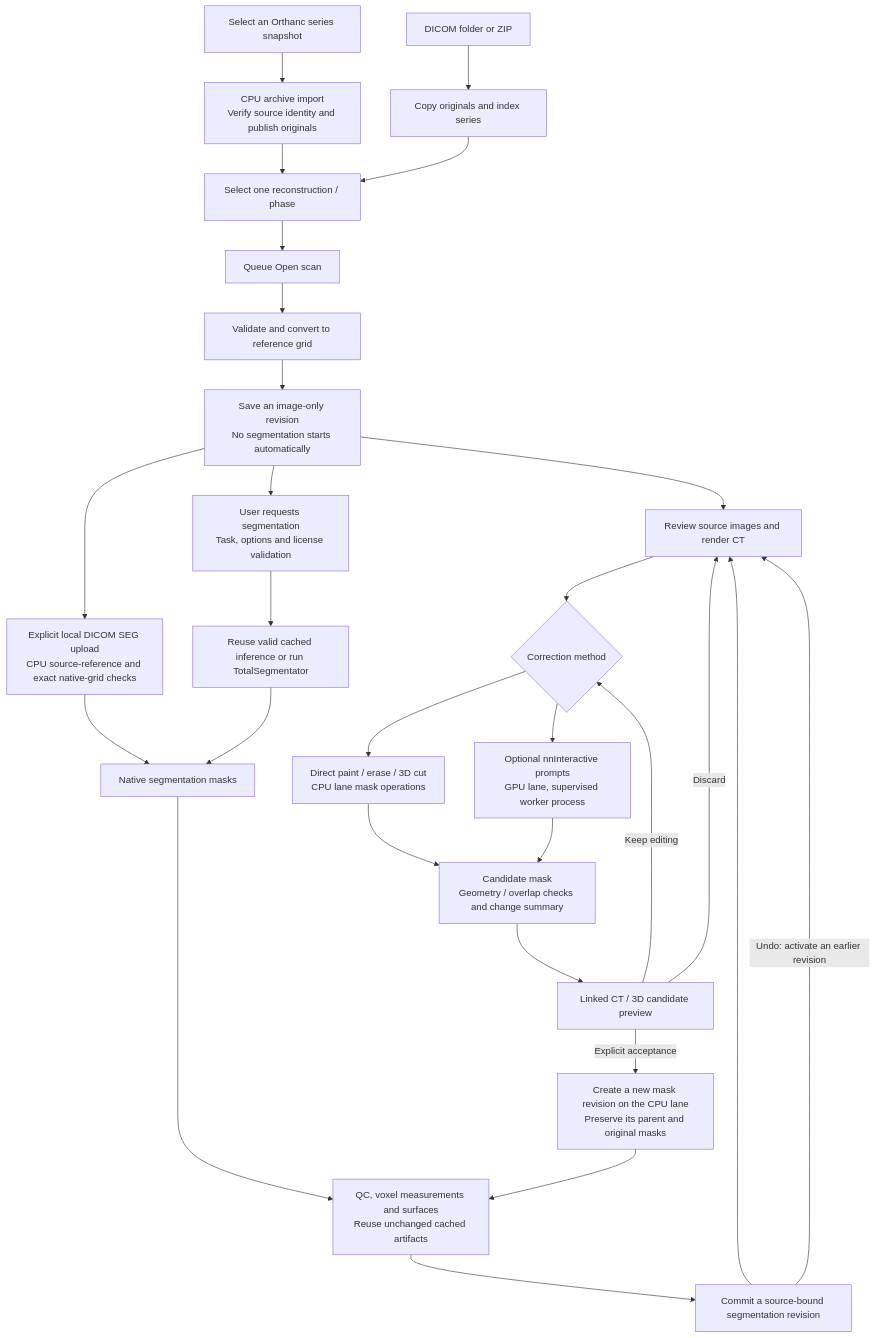
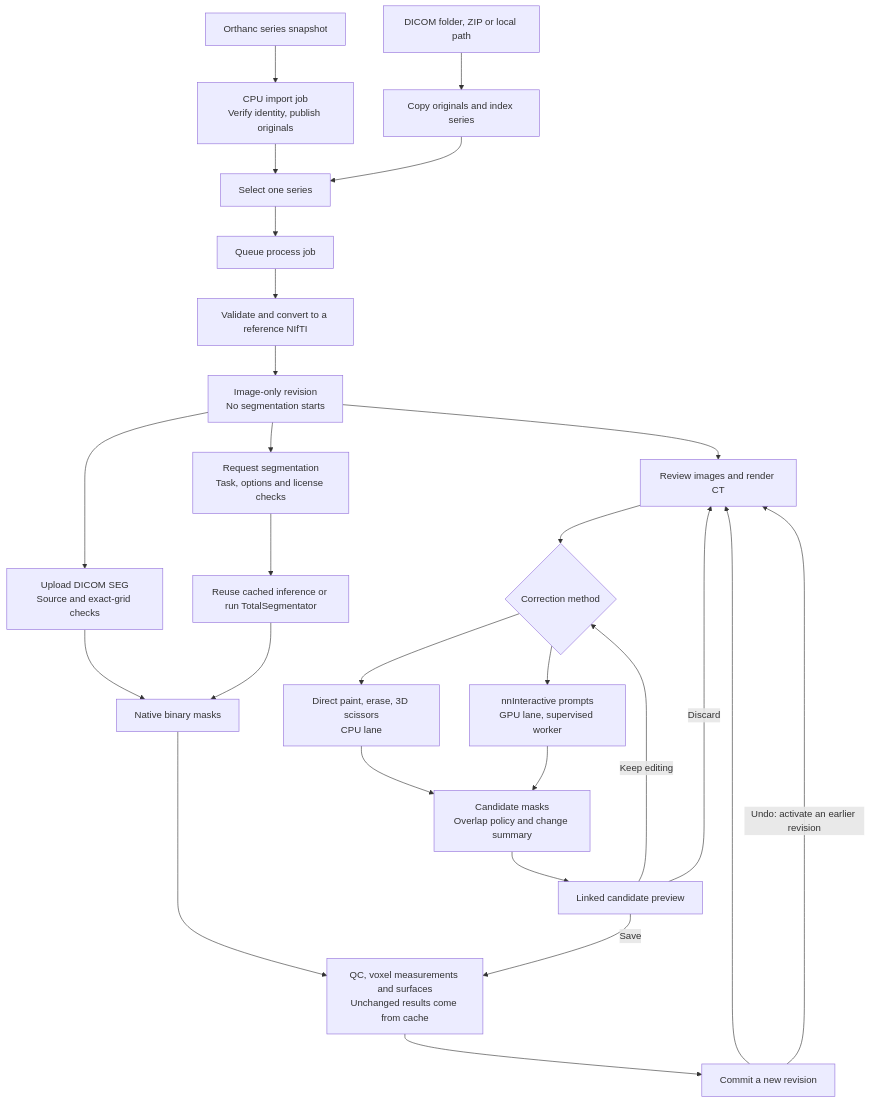
The diagram in docs/ARCHITECTURE.md (Truth129/3DScan), drawn with Mermaid before and after one commit. The commit also changed other lines of this file and 12 other files, not shown here.

````diff
--- a/docs/ARCHITECTURE.md
+++ b/docs/ARCHITECTURE.md
@@ -372,31 +65,29 @@
 ```mermaid
 flowchart TD
-  INPUT["DICOM folder or ZIP"] --> IMPORT["Copy originals and index series"]
-  ARCHIVE["Select an Orthanc series snapshot"] --> COPY["CPU archive import<br/>Verify source identity and publish originals"]
+  INPUT["DICOM folder, ZIP or local path"] --> IMPORT["Copy originals and index series"]
+  ARCHIVE["Orthanc series snapshot"] --> COPY["CPU import job<br/>Verify identity, publish originals"]
   COPY --> SELECT
-  IMPORT --> SELECT["Select one reconstruction / phase"]
-  SELECT --> OPEN["Queue Open scan"]
-  OPEN --> CONVERT["Validate and convert to reference grid"]
-  CONVERT --> IMAGE["Save an image-only revision<br/>No segmentation starts automatically"]
-  IMAGE --> VIEW["Review source images and render CT"]
-  IMAGE --> SEGIMPORT["Explicit local DICOM SEG upload<br/>CPU source-reference and exact native-grid checks"]
-  SEGIMPORT --> MASKS
-  IMAGE --> REQUEST["User requests segmentation<br/>Task, options and license validation"]
-  REQUEST --> INFER["Reuse valid cached inference or run TotalSegmentator"]
-  INFER --> MASKS["Native segmentation masks"]
-  MASKS --> ARTIFACTS["QC, voxel measurements and surfaces<br/>Reuse unchanged cached artifacts"]
-  ARTIFACTS --> SAVE["Commit a source-bound segmentation revision"]
+  IMPORT --> SELECT["Select one series"]
+  SELECT --> OPEN["Queue process job"]
+  OPEN --> CONVERT["Validate and convert to a reference NIfTI"]
+  CONVERT --> IMAGE["Image-only revision<br/>No segmentation starts"]
+  IMAGE --> VIEW["Review images and render CT"]
+  IMAGE --> SEGIMPORT["Upload DICOM SEG<br/>Source and exact-grid checks"]
+  IMAGE --> REQUEST["Request segmentation<br/>Task, options and license checks"]
+  REQUEST --> INFER["Reuse cached inference or run TotalSegmentator"]
+  SEGIMPORT --> MASKS["Native binary masks"]
+  INFER --> MASKS
+  MASKS --> ARTIFACTS["QC, voxel measurements and surfaces<br/>Unchanged results come from cache"]
+  ARTIFACTS --> SAVE["Commit a new revision"]
   SAVE --> VIEW
-
   VIEW --> METHOD{"Correction method"}
-  METHOD --> DIRECT["Direct paint / erase / 3D cut<br/>CPU lane mask operations"]
-  METHOD --> AI["Optional nnInteractive prompts<br/>GPU lane, supervised worker process"]
-  DIRECT --> CANDIDATE["Candidate mask<br/>Geometry / overlap checks and change summary"]
+  METHOD --> DIRECT["Direct paint, erase, 3D scissors<br/>CPU lane"]
+  METHOD --> AI["nnInteractive prompts<br/>GPU lane, supervised worker"]
+  DIRECT --> CANDIDATE["Candidate masks<br/>Overlap policy and change summary"]
   AI --> CANDIDATE
-  CANDIDATE --> PREVIEW["Linked CT / 3D candidate preview"]
+  CANDIDATE --> PREVIEW["Linked candidate preview"]
   PREVIEW -->|"Keep editing"| METHOD
   PREVIEW -->|"Discard"| VIEW
-  PREVIEW -->|"Explicit acceptance"| NEW["Create a new mask revision on the CPU lane<br/>Preserve its parent and original masks"]
-  NEW --> ARTIFACTS
+  PREVIEW -->|"Save"| ARTIFACTS
   SAVE -->|"Undo: activate an earlier revision"| VIEW
 ```
````
